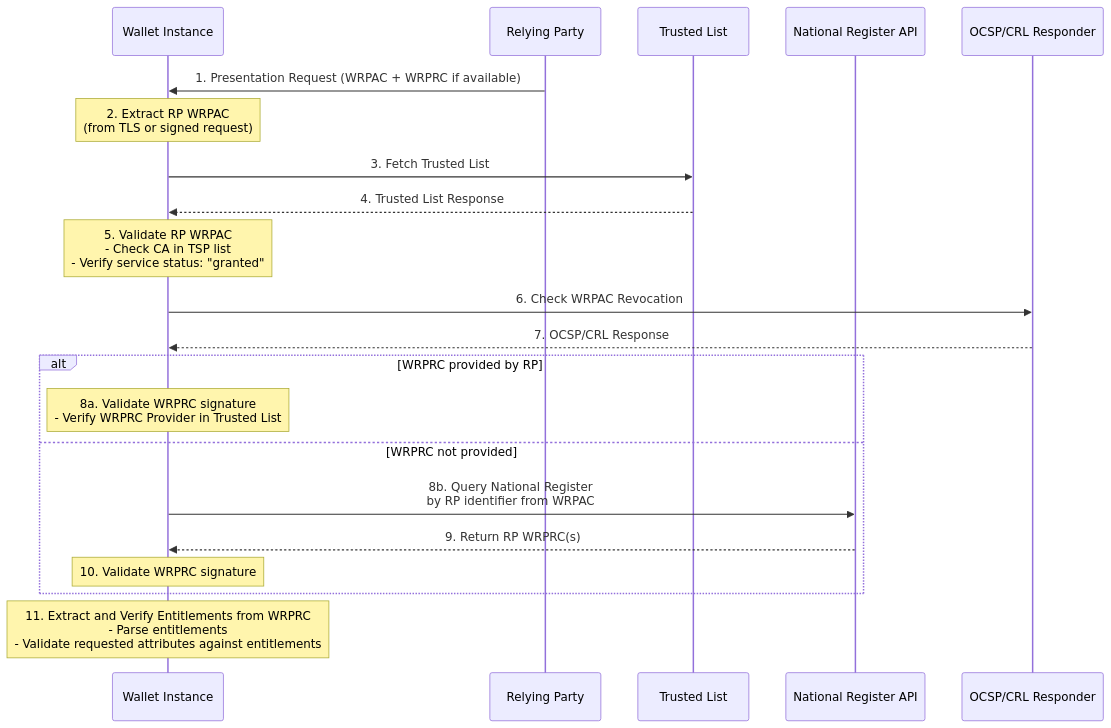
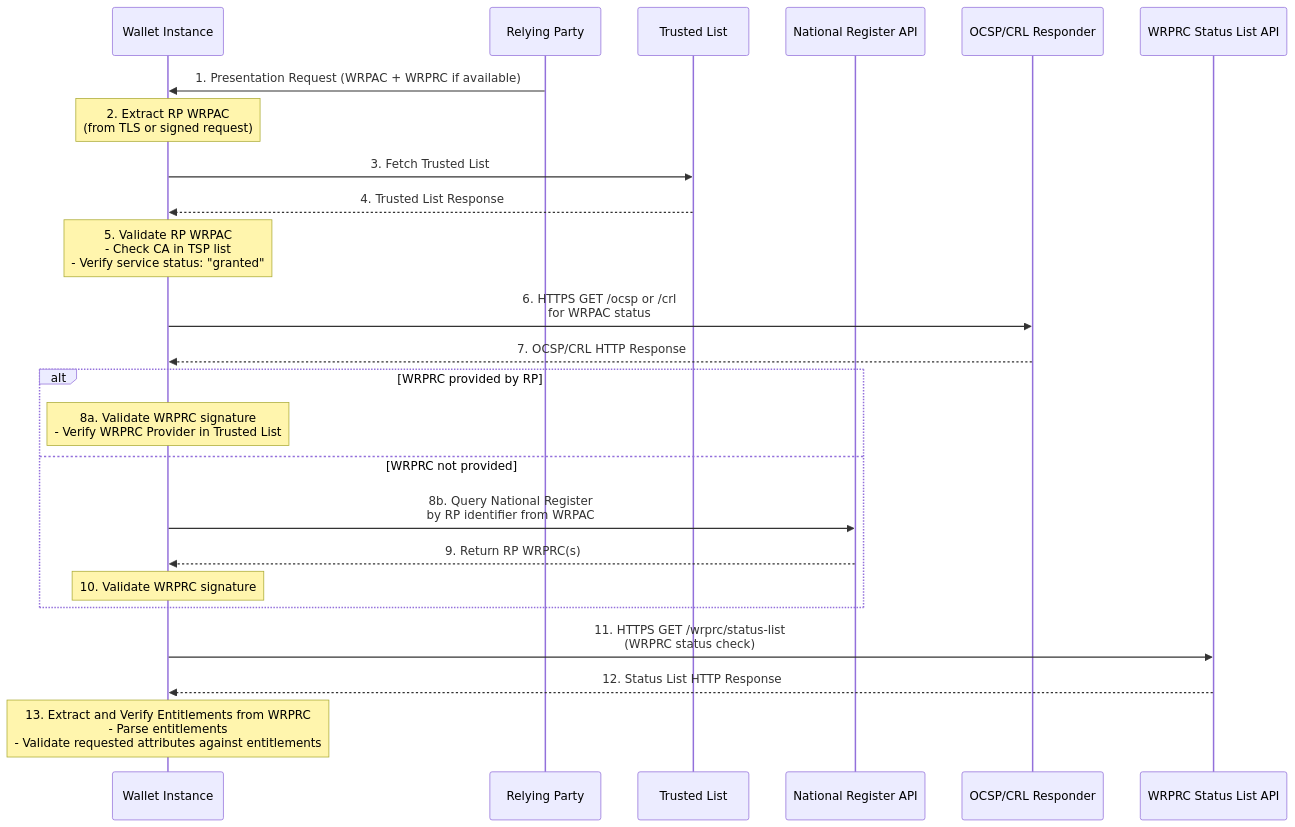
The second of 11 diagrams in task2-trust-framework/wallet-policy-discovery.md (webuild-consortium/wp4-trust-group), drawn with Mermaid before and after one commit. The commit also changed other lines of this file, not shown here.

Commit message:
feat: added revocation check http request in policy discovery patterns

````diff
--- a/task2-trust-framework/wallet-policy-discovery.md
+++ b/task2-trust-framework/wallet-policy-discovery.md
@@ -109,26 +109,30 @@
 ```mermaid
 sequenceDiagram
     participant W as Wallet Instance
     participant RP as Relying Party
     participant TL as Trusted List
     participant NR as National Register API
     participant OCSP as OCSP/CRL Responder
+    participant RCStatus as WRPRC Status List API
 
     RP->>W: 1. Presentation Request (WRPAC + WRPRC if available)
     Note over W: 2. Extract RP WRPAC<br/>(from TLS or signed request)
     W->>TL: 3. Fetch Trusted List
     TL-->>W: 4. Trusted List Response
     Note over W: 5. Validate RP WRPAC<br/>- Check CA in TSP list<br/>- Verify service status: "granted"
-    W->>OCSP: 6. Check WRPAC Revocation
-    OCSP-->>W: 7. OCSP/CRL Response
+    W->>OCSP: 6. HTTPS GET /ocsp or /crl<br/>for WRPAC status
+    OCSP-->>W: 7. OCSP/CRL HTTP Response
     
     alt WRPRC provided by RP
         Note over W: 8a. Validate WRPRC signature<br/>- Verify WRPRC Provider in Trusted List
     else WRPRC not provided
         W->>NR: 8b. Query National Register<br/>by RP identifier from WRPAC
         NR-->>W: 9. Return RP WRPRC(s)
         Note over W: 10. Validate WRPRC signature
     end
     
-    Note over W: 11. Extract and Verify Entitlements from WRPRC<br/>- Parse entitlements<br/>- Validate requested attributes against entitlements
+    W->>RCStatus: 11. HTTPS GET /wrprc/status-list<br/>(WRPRC status check)
+    RCStatus-->>W: 12. Status List HTTP Response
+    
+    Note over W: 13. Extract and Verify Entitlements from WRPRC<br/>- Parse entitlements<br/>- Validate requested attributes against entitlements
 ```
````
